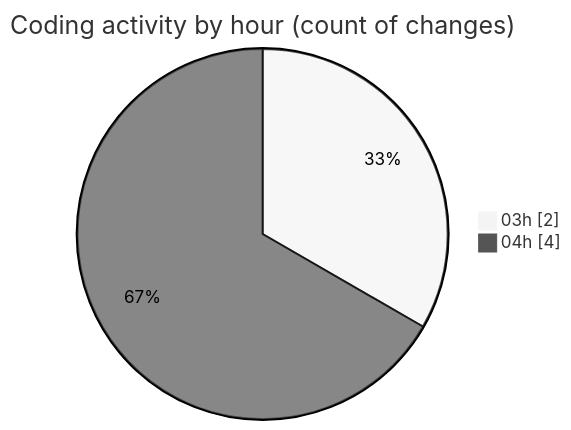
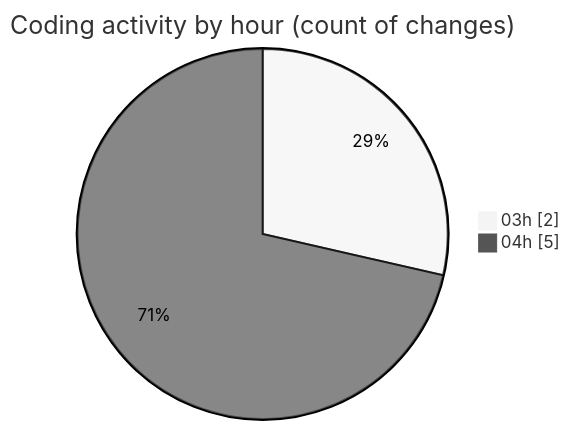
The second of 2 diagrams in 2026-02-07/singularitybrainai/README.md (tmsrecording-cyber/code-tracking), drawn with Mermaid (neutral theme) before and after one commit. The commit also changed other lines of this file and 1 other file, not shown here.

````diff
--- a/2026-02-07/singularitybrainai/README.md
+++ b/2026-02-07/singularitybrainai/README.md
@@ -29,6 +30,6 @@
 ```mermaid
 pie showData
 title Coding activity by hour (count of changes)
 "03h" : 2
-"04h" : 4
+"04h" : 5
 ```
````
